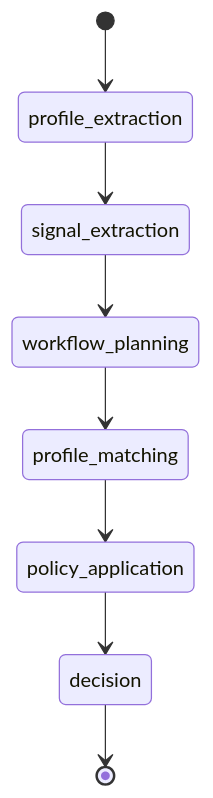
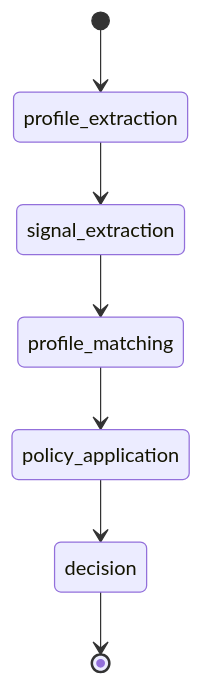
One commit to skaut-careers/platform changed the first of 2 diagrams in docs/ARCHITECTURE.md. Above: the diagram before and after it, drawn with Mermaid. The commit also changed other lines of this file and 19 other files, not shown here.

Commit message:
removed workflow planning stage at this point it is a dead code and was not being used

````diff
--- a/docs/ARCHITECTURE.md
+++ b/docs/ARCHITECTURE.md
@@ -9,10 +9,9 @@
 ```mermaid
 stateDiagram-v2
     [*] --> profile_extraction
     profile_extraction --> signal_extraction
-    signal_extraction --> workflow_planning
-    workflow_planning --> profile_matching
+    signal_extraction --> profile_matching
     profile_matching --> policy_application
     policy_application --> decision
     decision --> [*]
 ```
````
